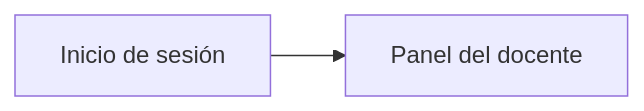
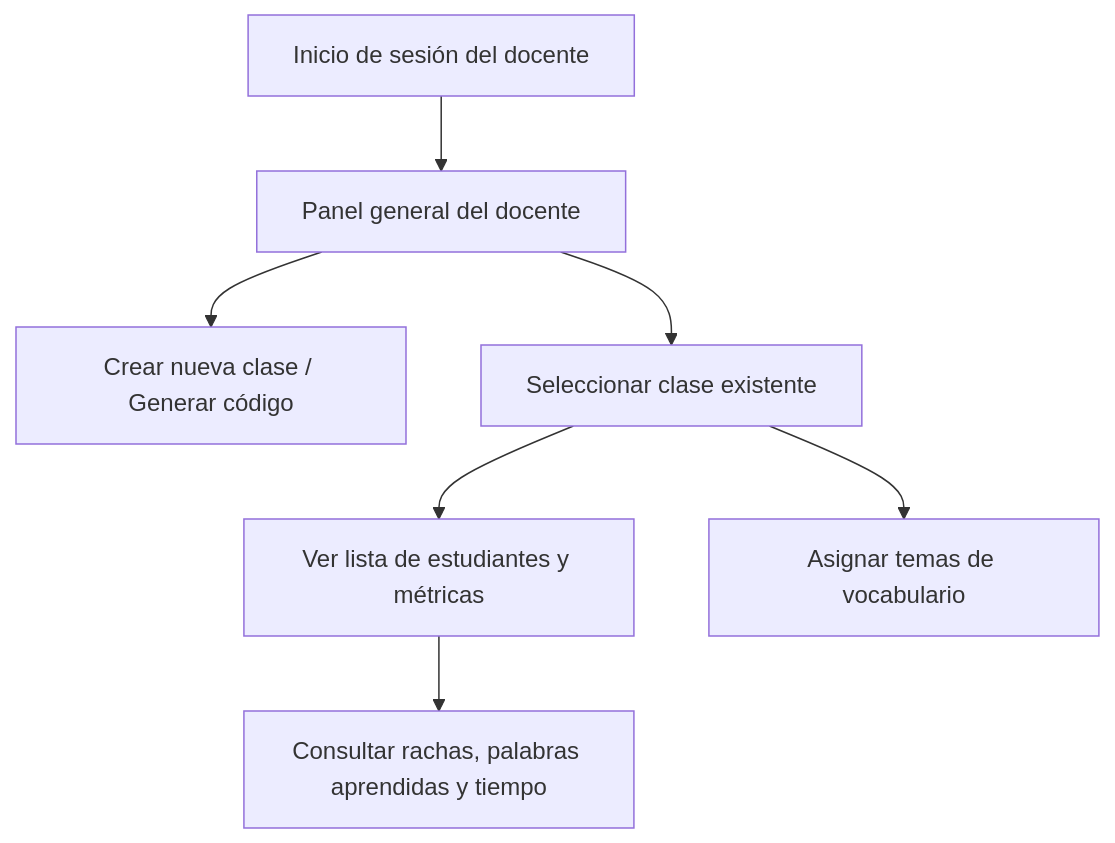
One commit to ivanch1-23/plataforma-ludica changed the first of 2 diagrams in specs/user-flow.md. Above: the diagram before and after it, drawn with Mermaid. The commit also changed other lines of this file and 5 other files, not shown here.

````diff
--- a/specs/user-flow.md
+++ b/specs/user-flow.md
@@ -7,4 +7,9 @@
 ```mermaid
-flowchart LR
-    A[Inicio de sesión] --> B[Panel del docente]
+flowchart TD
+    A[Inicio de sesión del docente] --> B[Panel general del docente]
+    B --> C[Crear nueva clase / Generar código]
+    B --> D[Seleccionar clase existente]
+    D --> E[Ver lista de estudiantes y métricas]
+    E --> F[Consultar rachas, palabras aprendidas y tiempo]
+    D --> G[Asignar temas de vocabulario]
 ```
````
